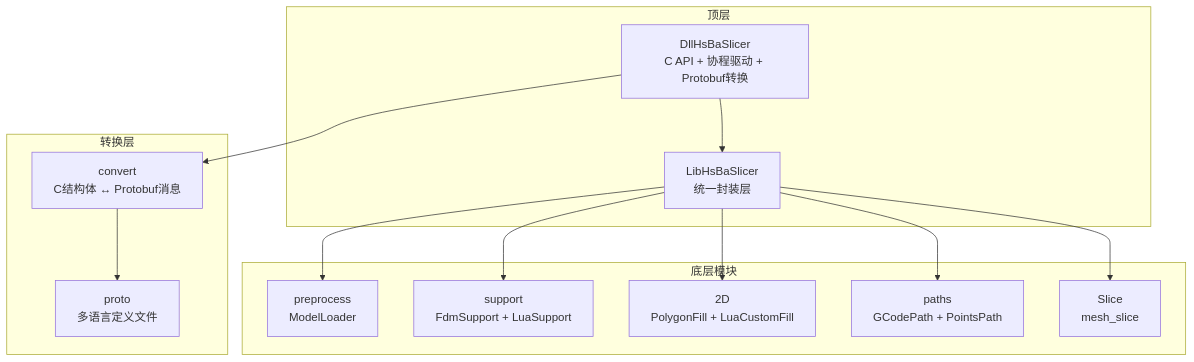
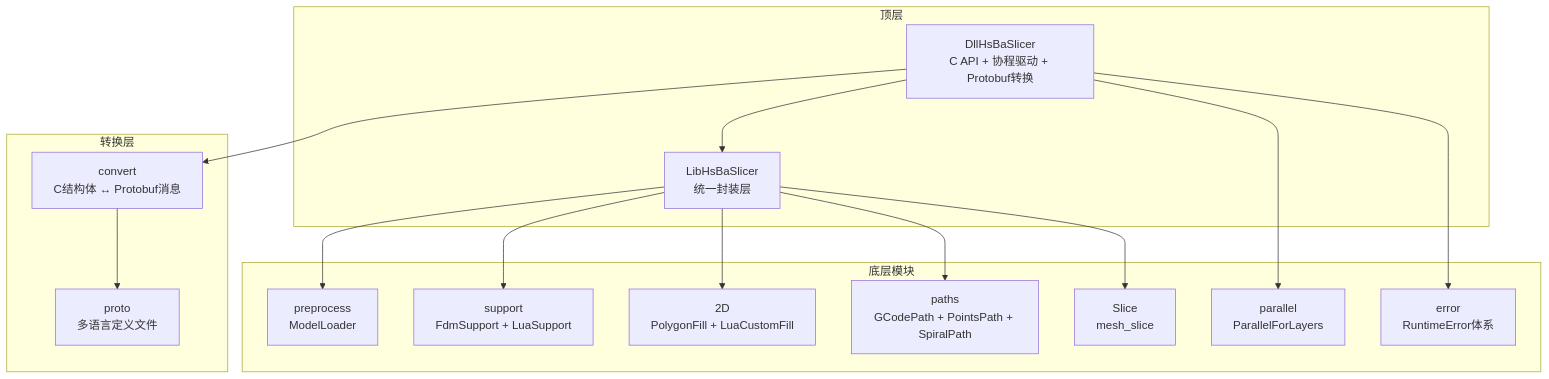
Before and after one commit to hsmbanlance/HsBaSlicer: the first of 15 diagrams in .qoder/repowiki/zh/content/核心模块详解/FDM打印流水线.md, drawn with Mermaid. The commit also changed other lines of this file and 20 other files, not shown here.

````diff
--- a/.qoder/repowiki/zh/content/核心模块详解/FDM打印流水线.md
+++ b/.qoder/repowiki/zh/content/核心模块详解/FDM打印流水线.md
@@ -75,26 +83,30 @@
 ```mermaid
 graph TB
 subgraph "顶层"
 DLL["DllHsBaSlicer<br/>C API + 协程驱动 + Protobuf转换"]
 LIB["LibHsBaSlicer<br/>统一封装层"]
 end
 subgraph "转换层"
 CONVERT["convert<br/>C结构体 ↔ Protobuf消息"]
 PROTO["proto<br/>多语言定义文件"]
 end
 subgraph "底层模块"
 PRE["preprocess<br/>ModelLoader"]
 SUP["support<br/>FdmSupport + LuaSupport"]
 FIL["2D<br/>PolygonFill + LuaCustomFill"]
-PATH["paths<br/>GCodePath + PointsPath"]
+PATH["paths<br/>GCodePath + PointsPath + SpiralPath"]
 SLI["Slice<br/>mesh_slice"]
+PAR["parallel<br/>ParallelForLayers"]
+ERR["error<br/>RuntimeError体系"]
 end
 DLL --> LIB
 DLL --> CONVERT
 CONVERT --> PROTO
 LIB --> PRE
 LIB --> SUP
 LIB --> FIL
 LIB --> PATH
 LIB --> SLI
+DLL --> PAR
+DLL --> ERR
 ```
````
